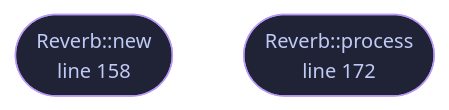
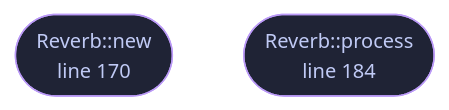
The diagram in wiki/File-veilvoice-core-effects.md (tilas01/veilvoice), drawn with Mermaid before and after one commit. The commit also changed other lines of this file and 487 other files, not shown here.

````diff
--- a/wiki/File-veilvoice-core-effects.md
+++ b/wiki/File-veilvoice-core-effects.md
@@ -92,24 +105,24 @@
 ```mermaid
 %%{init: {"theme":"base","themeVariables":{"background":"#1a1b26","primaryColor":"#1f2335","primaryTextColor":"#c0caf5","primaryBorderColor":"#7aa2f7","secondaryColor":"#16161e","tertiaryColor":"#16161e","lineColor":"#737aa2","textColor":"#c0caf5","mainBkg":"#1f2335","nodeBorder":"#7aa2f7","clusterBkg":"#16161e","clusterBorder":"#2f3549","fontFamily":"ui-monospace, SFMono-Regular, Consolas, monospace","fontSize":"14px"}}}%%
 flowchart TD
-    n_new(["SoftClip::new<br/>line 58"])
-    n_process(["SoftClip::process<br/>line 67"])
-    n_new["DelayVoice::new<br/>line 85"]
-    n_process["DelayVoice::process<br/>line 99"]
-    n_new(["Chorus::new<br/>line 122"])
-    n_process(["Chorus::process<br/>line 135"])
-    n_new(["Reverb::new<br/>line 158"])
-    n_process(["Reverb::process<br/>line 172"])
-    click n_new href "https://github.com/tilas01/veilvoice/blob/main/crates/veilvoice-core/src/effects.rs#L58" "open the source"
-    click n_process href "https://github.com/tilas01/veilvoice/blob/main/crates/veilvoice-core/src/effects.rs#L67" "open the source"
-    click n_new href "https://github.com/tilas01/veilvoice/blob/main/crates/veilvoice-core/src/effects.rs#L85" "open the source"
-    click n_process href "https://github.com/tilas01/veilvoice/blob/main/crates/veilvoice-core/src/effects.rs#L99" "open the source"
-    click n_new href "https://github.com/tilas01/veilvoice/blob/main/crates/veilvoice-core/src/effects.rs#L122" "open the source"
-    click n_process href "https://github.com/tilas01/veilvoice/blob/main/crates/veilvoice-core/src/effects.rs#L135" "open the source"
-    click n_new href "https://github.com/tilas01/veilvoice/blob/main/crates/veilvoice-core/src/effects.rs#L158" "open the source"
-    click n_process href "https://github.com/tilas01/veilvoice/blob/main/crates/veilvoice-core/src/effects.rs#L172" "open the source"
+    n_new(["SoftClip::new<br/>line 70"])
+    n_process(["SoftClip::process<br/>line 79"])
+    n_new["DelayVoice::new<br/>line 97"]
+    n_process["DelayVoice::process<br/>line 111"]
+    n_new(["Chorus::new<br/>line 134"])
+    n_process(["Chorus::process<br/>line 147"])
+    n_new(["Reverb::new<br/>line 170"])
+    n_process(["Reverb::process<br/>line 184"])
+    click n_new href "https://github.com/tilas01/veilvoice/blob/main/crates/veilvoice-core/src/effects.rs#L70" "open the source"
+    click n_process href "https://github.com/tilas01/veilvoice/blob/main/crates/veilvoice-core/src/effects.rs#L79" "open the source"
+    click n_new href "https://github.com/tilas01/veilvoice/blob/main/crates/veilvoice-core/src/effects.rs#L97" "open the source"
+    click n_process href "https://github.com/tilas01/veilvoice/blob/main/crates/veilvoice-core/src/effects.rs#L111" "open the source"
+    click n_new href "https://github.com/tilas01/veilvoice/blob/main/crates/veilvoice-core/src/effects.rs#L134" "open the source"
+    click n_process href "https://github.com/tilas01/veilvoice/blob/main/crates/veilvoice-core/src/effects.rs#L147" "open the source"
+    click n_new href "https://github.com/tilas01/veilvoice/blob/main/crates/veilvoice-core/src/effects.rs#L170" "open the source"
+    click n_process href "https://github.com/tilas01/veilvoice/blob/main/crates/veilvoice-core/src/effects.rs#L184" "open the source"
     classDef entry fill:#1f2335,stroke:#7aa2f7,color:#c0caf5
     class n_new,n_process,n_new,n_process,n_new,n_process entry
     classDef helper fill:#1f2335,stroke:#bb9af7,color:#c0caf5
     class n_new,n_process helper
 ```
````
